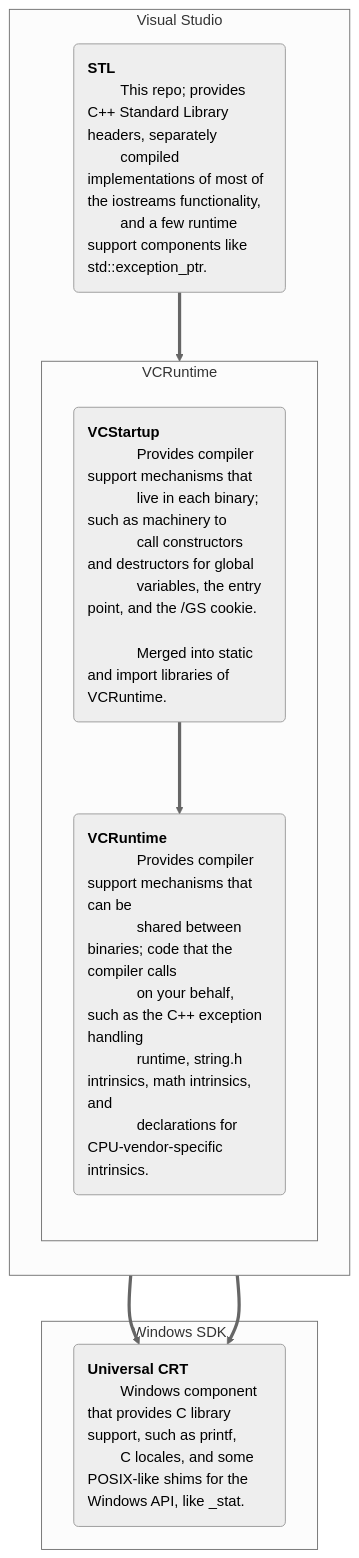
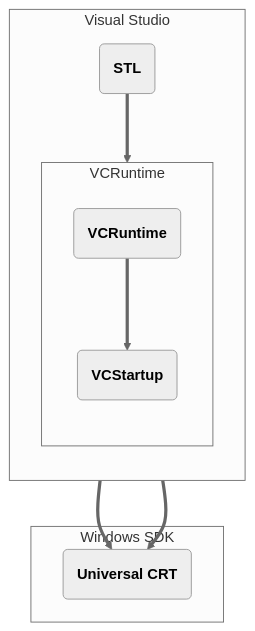
Before and after one commit to microsoft/STL: the diagram in README.md, drawn with Mermaid (neutral theme). The commit also changed other lines of this file, not shown here.

Commit message:
`README.md`: Improve the Block Diagram (#6451)

````diff
--- a/README.md
+++ b/README.md
@@ -553,34 +553,19 @@
 ```mermaid
 flowchart TB
 %%{ init: {"flowchart": {"htmlLabels": true}} }%%
-    classDef default text-align:left
-    subgraph VisualStudioSubgraph[Visual Studio]
-        direction TB
-        STLNode("<b>STL</b>
-        This repo; provides C++ Standard Library headers, separately
-        compiled implementations of most of the iostreams functionality,
-        and a few runtime support components like std::exception_ptr.")
-        subgraph VCRuntimeSubgraph[VCRuntime]
-            direction TB
-            VCStartupNode("<b>VCStartup</b>
-            Provides compiler support mechanisms that
-            live in each binary; such as machinery to
-            call constructors and destructors for global
-            variables, the entry point, and the /GS cookie.<br>
-            Merged into static and import libraries of VCRuntime.")
-            VCRuntimeNode("<b>VCRuntime</b>
-            Provides compiler support mechanisms that can be
-            shared between binaries; code that the compiler calls
-            on your behalf, such as the C++ exception handling
-            runtime, string.h intrinsics, math intrinsics, and
-            declarations for CPU-vendor-specific intrinsics.")
-        end
-    end
-    subgraph WindowsSDKSubgraph[Windows SDK]
-        UniversalCRTNode("<b>Universal CRT</b>
-        Windows component that provides C library support, such as printf,
-        C locales, and some POSIX-like shims for the Windows API, like _stat.")
-    end
-    STLNode ==> VCRuntimeSubgraph & UniversalCRTNode
-    VCStartupNode ==> VCRuntimeNode ==> UniversalCRTNode
+classDef default text-align:left
+subgraph VisualStudioSubgraph[Visual Studio]
+  direction TB
+  STLNode("<b>STL</b>")
+  subgraph VCRuntimeSubgraph[VCRuntime]
+    direction TB
+    VCRuntimeNode("<b>VCRuntime</b>")
+    VCStartupNode("<b>VCStartup</b>")
+  end
+end
+subgraph WindowsSDKSubgraph[Windows SDK]
+  UniversalCRTNode("<b>Universal CRT</b>")
+end
+STLNode ==> VCRuntimeSubgraph & UniversalCRTNode
+VCRuntimeNode ==> VCStartupNode ==> UniversalCRTNode
 ```
````
